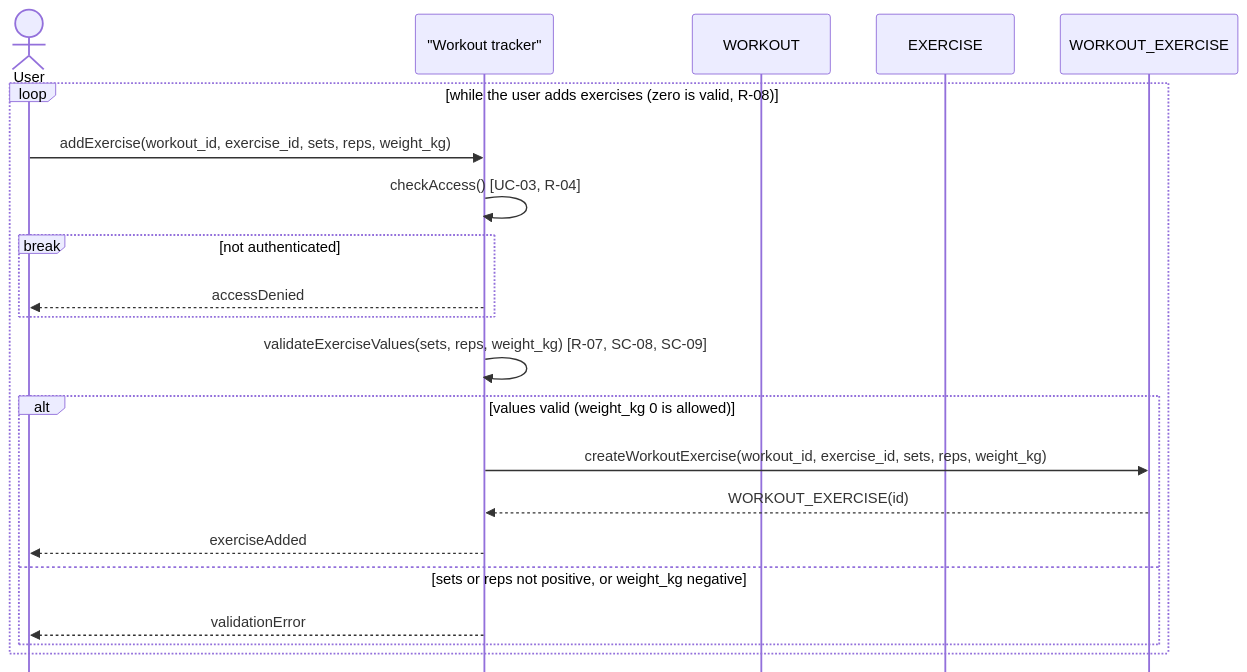
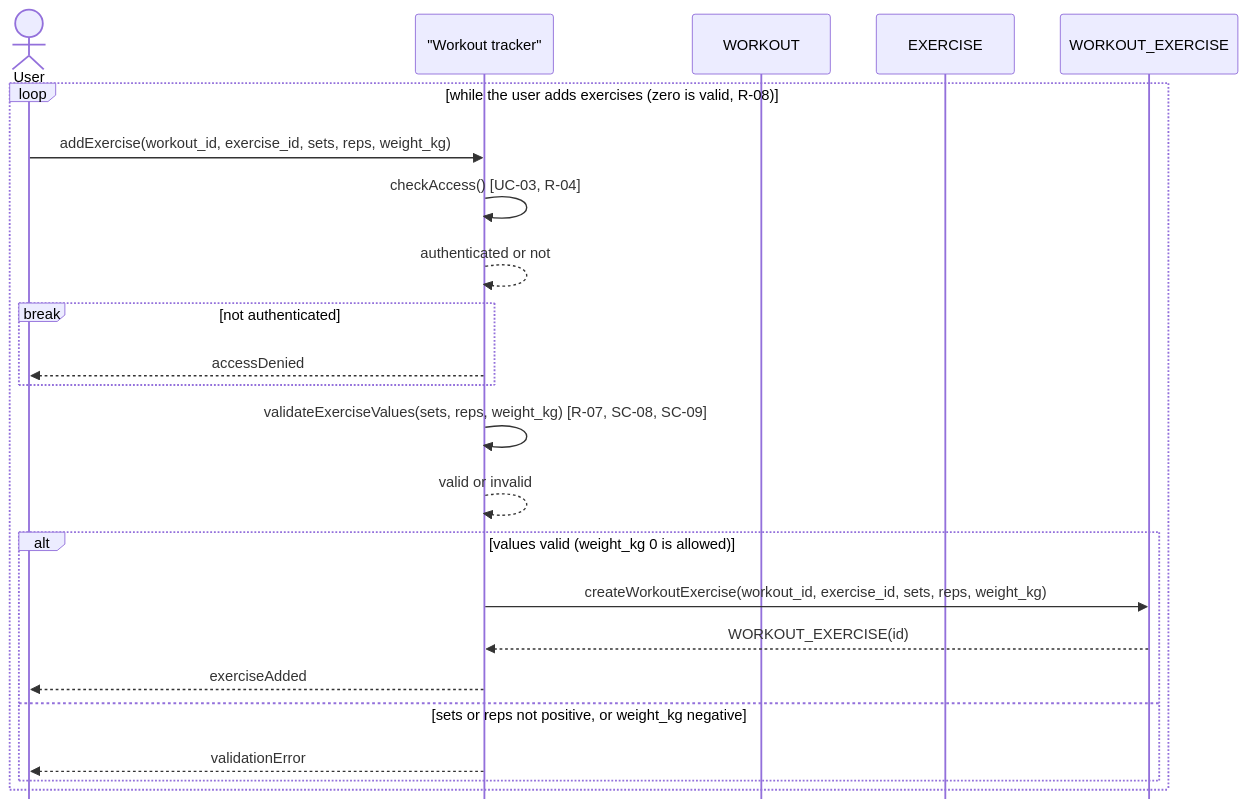
Before and after one commit to setlors/kpi-2: the diagram in task-3/sequence-diagram.md, drawn with Mermaid.

Commit message:
add return messages to the self-calls

````diff
--- a/task-3/sequence-diagram.md
+++ b/task-3/sequence-diagram.md
@@ -3,25 +3,27 @@
 ```mermaid
 %%{init: {"sequence": {"mirrorActors": false}}}%%
 sequenceDiagram
     actor U as User
     participant S as "Workout tracker"
     participant W as WORKOUT
     participant E as EXERCISE
     participant WE as WORKOUT_EXERCISE
 
     loop while the user adds exercises (zero is valid, R-08)
         U->>S: addExercise(workout_id, exercise_id, sets, reps, weight_kg)
         S->>S: checkAccess() [UC-03, R-04]
+        S-->>S: authenticated or not
         break not authenticated
             S-->>U: accessDenied
         end
         S->>S: validateExerciseValues(sets, reps, weight_kg) [R-07, SC-08, SC-09]
+        S-->>S: valid or invalid
         alt values valid (weight_kg 0 is allowed)
             S->>WE: createWorkoutExercise(workout_id, exercise_id, sets, reps, weight_kg)
             WE-->>S: WORKOUT_EXERCISE(id)
             S-->>U: exerciseAdded
         else sets or reps not positive, or weight_kg negative
             S-->>U: validationError
         end
     end
 ```
````
